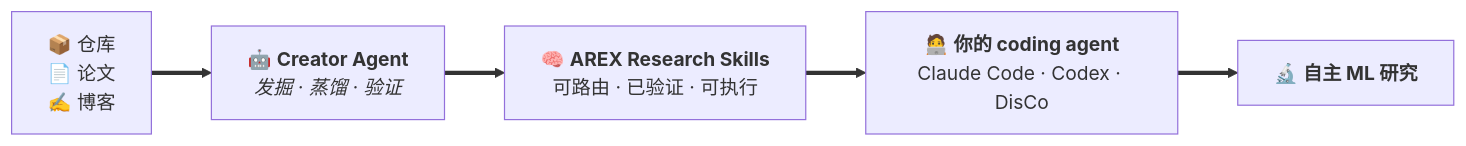
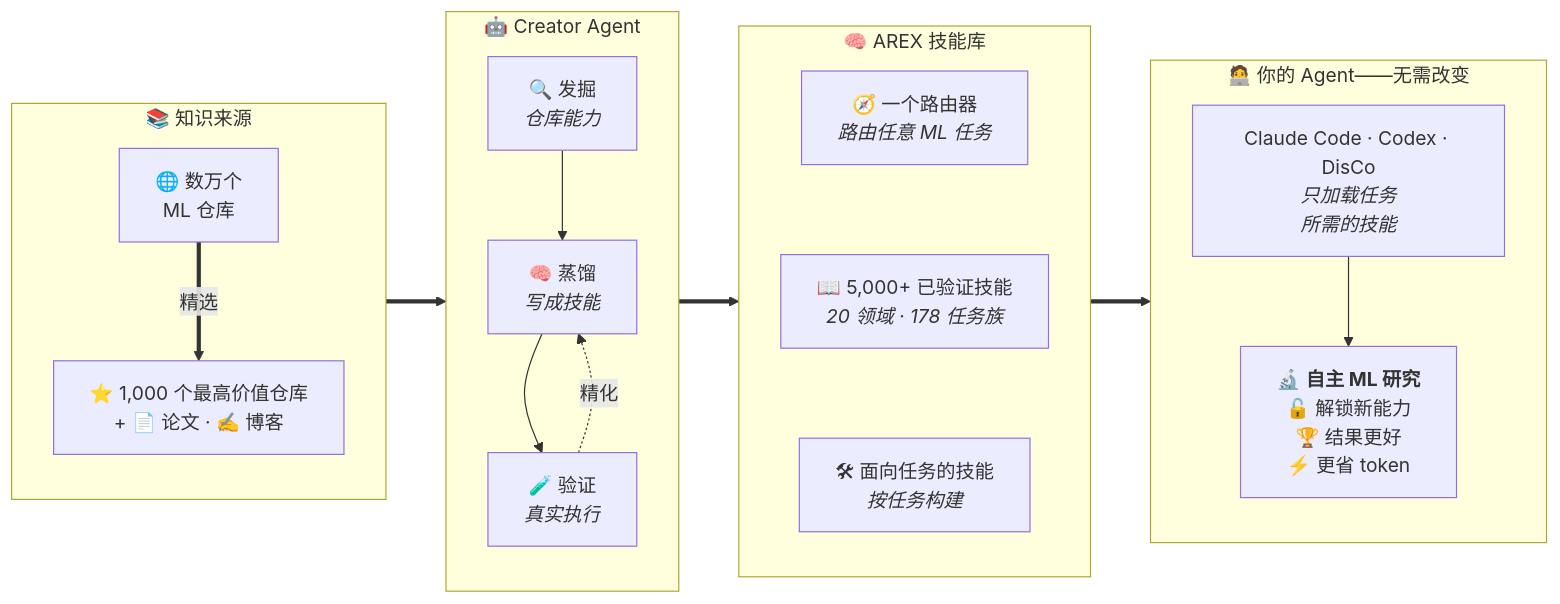
Before and after one commit to Lolo1222/AREX-Skill: the first of 5 diagrams in README.zh-CN.md, drawn with Mermaid. The commit also changed other lines of this file and 1 other file, not shown here.

````diff
--- a/README.zh-CN.md
+++ b/README.zh-CN.md
@@ -23,7 +23,21 @@
 ```mermaid
 flowchart LR
-    A["📦 仓库<br>📄 论文<br>✍️ 博客"] ==> B["🤖 <b>Creator Agent</b><br><i>发掘 · 蒸馏 · 验证</i>"]
-    B ==> C["🧠 <b>AREX Research Skills</b><br>可路由 · 已验证 · 可执行"]
-    C ==> D["🧑‍💻 <b>你的 coding agent</b><br>Claude Code · Codex · DisCo"]
-    D ==> E["🔬 <b>自主 ML 研究</b>"]
+    subgraph SRC["📚 知识来源"]
+        direction TB
+        s0["🌐 数万个<br>ML 仓库"] == "精选" ==> s1["⭐ 1,000 个最高价值仓库<br>+ 📄 论文 · ✍️ 博客"]
+    end
+    subgraph CRE["🤖 Creator Agent"]
+        direction TB
+        c1["🔍 发掘<br><i>仓库能力</i>"] --> c2["🧠 蒸馏<br><i>写成技能</i>"] --> c3["🧪 验证<br><i>真实执行</i>"]
+        c3 -. 精化 .-> c2
+    end
+    subgraph LIB["🧠 AREX 技能库"]
+        direction TB
+        l1["🧭 一个路由器<br><i>路由任意 ML 任务</i>"] ~~~ l2["📖 5,000+ 已验证技能<br><i>20 领域 · 178 任务族</i>"] ~~~ l3["🛠 面向任务的技能<br><i>按任务构建</i>"]
+    end
+    subgraph FIN["🧑‍💻 你的 Agent——无需改变"]
+        direction TB
+        u["Claude Code · Codex · DisCo<br><i>只加载任务<br>所需的技能</i>"] --> r["🔬 <b>自主 ML 研究</b><br>🔓 解锁新能力<br>🏆 结果更好<br>⚡ 更省 token"]
+    end
+    SRC ==> CRE ==> LIB ==> FIN
 ```
````
